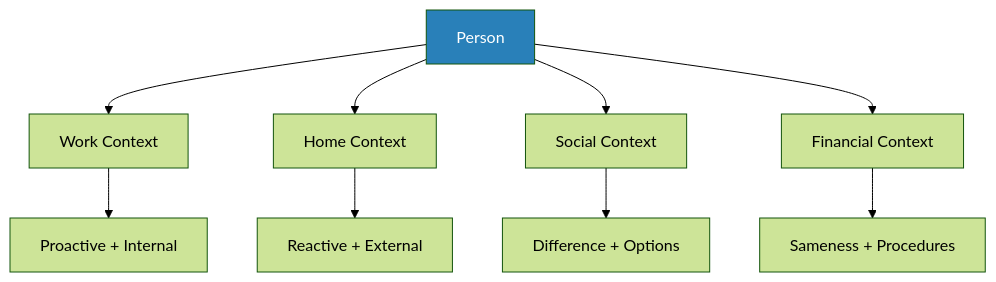
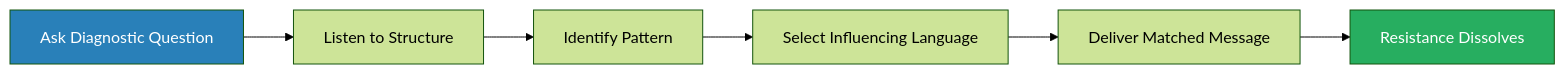
One commit to alius33/reader changed the second of 8 diagrams in summaries/Power & Influence/Words That Change Minds - Shelle Rose Charvet.md. Above: the diagram before and after it, drawn with Mermaid (forest theme). The commit also changed other lines of this file and 272 other files, not shown here.

````diff
--- a/summaries/Power & Influence/Words That Change Minds - Shelle Rose Charvet.md
+++ b/summaries/Power & Influence/Words That Change Minds - Shelle Rose Charvet.md
@@ -137,12 +169,10 @@
 ```mermaid
-flowchart TD
-    A[Person] --> B[Work Context]
-    A --> C[Home Context]
-    A --> D[Social Context]
-    A --> E[Financial Context]
-    B --> B1[Proactive + Internal]
-    C --> C1[Reactive + External]
-    D --> D1[Difference + Options]
-    E --> E1[Sameness + Procedures]
+flowchart LR
+    A[Ask Diagnostic Question] --> B[Listen to Structure]
+    B --> C[Identify Pattern]
+    C --> D[Select Influencing Language]
+    D --> E[Deliver Matched Message]
+    E --> F[Resistance Dissolves]
     style A fill:#2980b9,color:#fff
+    style F fill:#27ae60,color:#fff
 ```
````
